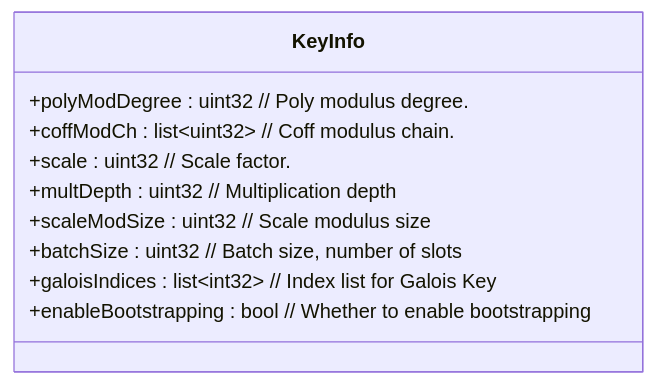
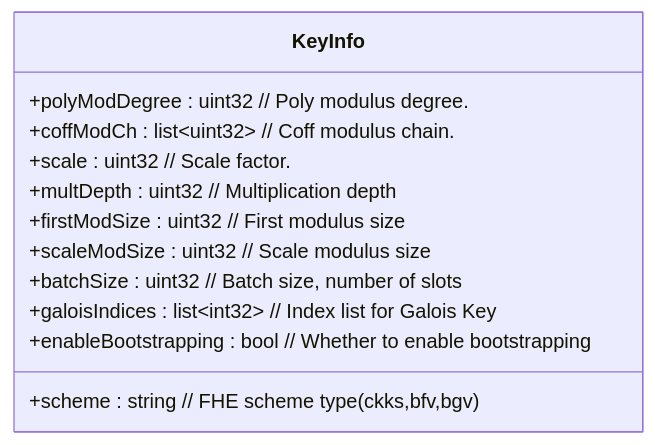
One commit to primus-labs/Aegis changed the second of 8 diagrams in docs/design/binding.md. Above: the diagram before and after it, drawn with Mermaid. The commit also changed 4 other files, not shown here.

````diff
--- a/docs/design/binding.md
+++ b/docs/design/binding.md
@@ -59,13 +59,15 @@
 ```mermaid {align="center"}
 classDiagram
   class KeyInfo {
     +polyModDegree : uint32       // Poly modulus degree.
     +coffModCh : list~uint32~     // Coff modulus chain.
     +scale : uint32               // Scale factor.
     +multDepth : uint32           // Multiplication depth
+    +firstModSize : uint32        // First modulus size
     +scaleModSize : uint32        // Scale modulus size
     +batchSize : uint32           // Batch size, number of slots
     +galoisIndices : list~int32~  // Index list for Galois Key
     +enableBootstrapping : bool   // Whether to enable bootstrapping
+    +scheme : string              // FHE scheme type(ckks,bfv,bgv)
   }
 ```
````
